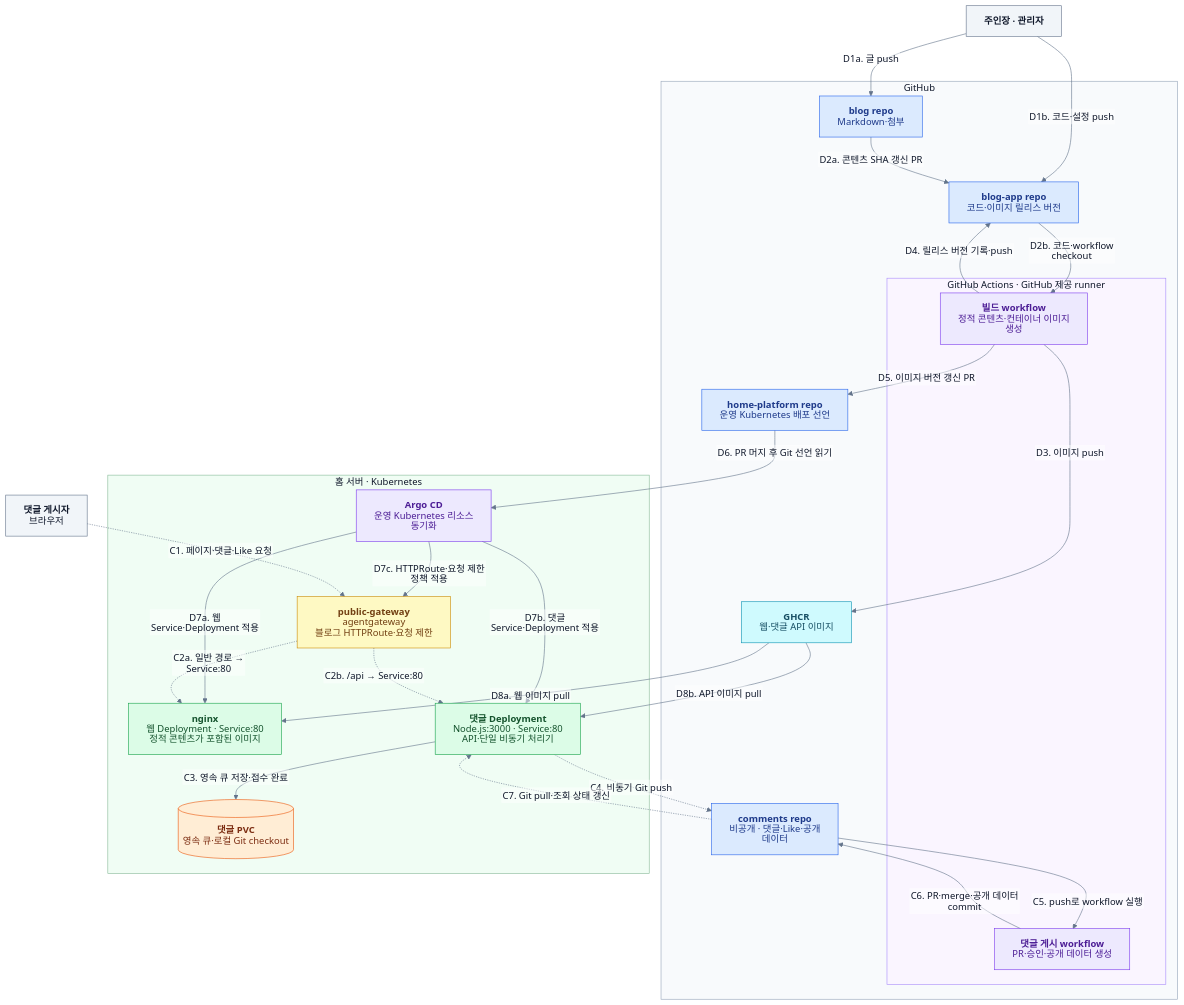
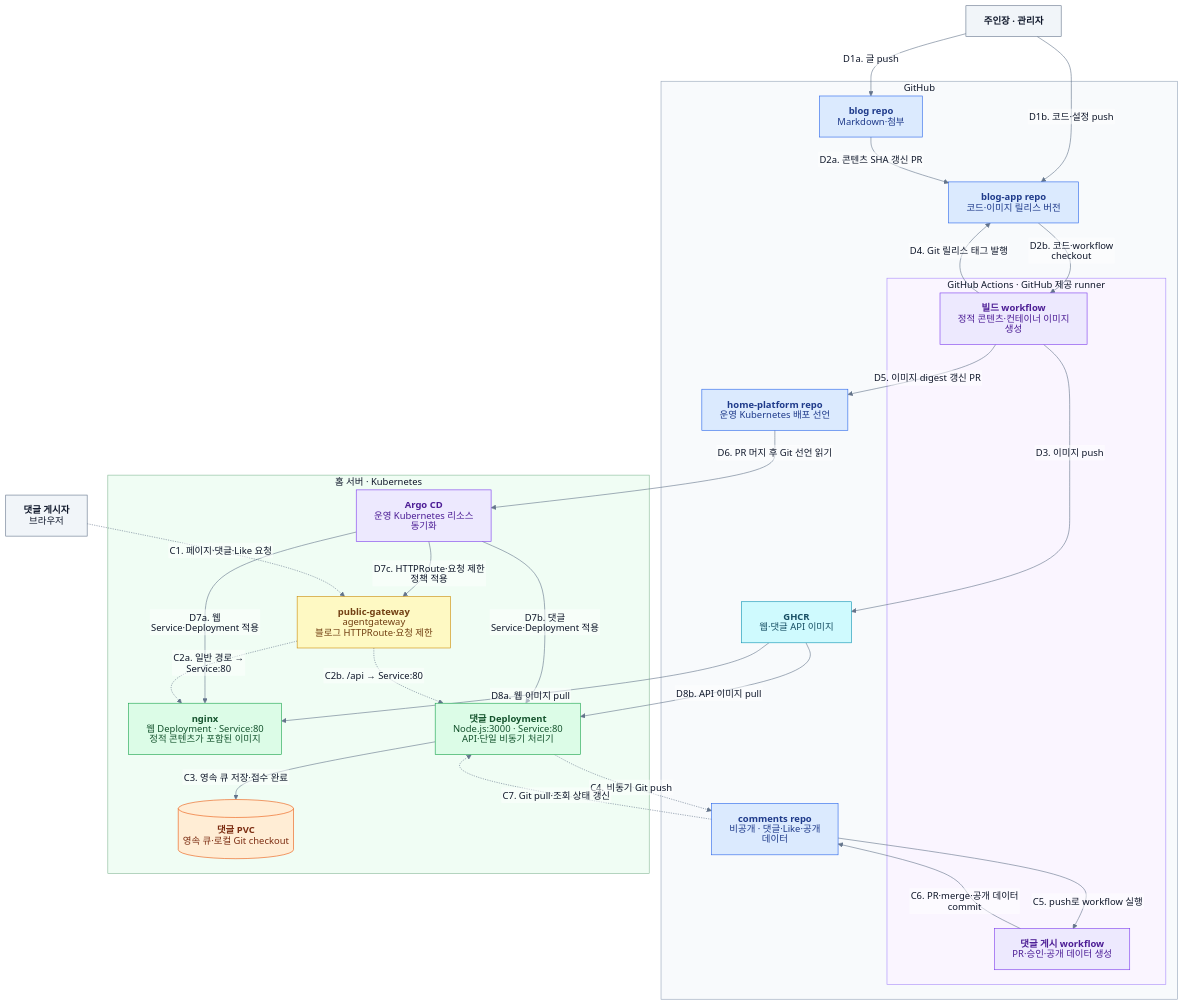
Before and after one commit to anyflow/anyflow-blog: the first of 2 diagrams in ARCHITECTURE.md, drawn with Mermaid. The commit also changed other lines of this file and 7 other files, not shown here.

```diff
--- a/ARCHITECTURE.md
+++ b/ARCHITECTURE.md
@@ -71,8 +71,8 @@
     Blog -->|"D2a. 콘텐츠 SHA 갱신 PR"| Code
     Code -->|"D2b. 코드·workflow checkout"| Build
     Build -->|"D3. 이미지 push"| GHCR
-    Build -->|"D4. 릴리스 버전 기록·push"| Code
-    Build -->|"D5. 이미지 버전 갱신 PR"| Platform
+    Build -->|"D4. Git 릴리스 태그 발행"| Code
+    Build -->|"D5. 이미지 digest 갱신 PR"| Platform
     Platform -->|"D6. PR 머지 후 Git 선언 읽기"| Argo
     Argo -->|"D7a. 웹 Service·Deployment 적용"| Web
     Argo -->|"D7b. 댓글 Service·Deployment 적용"| API
```
